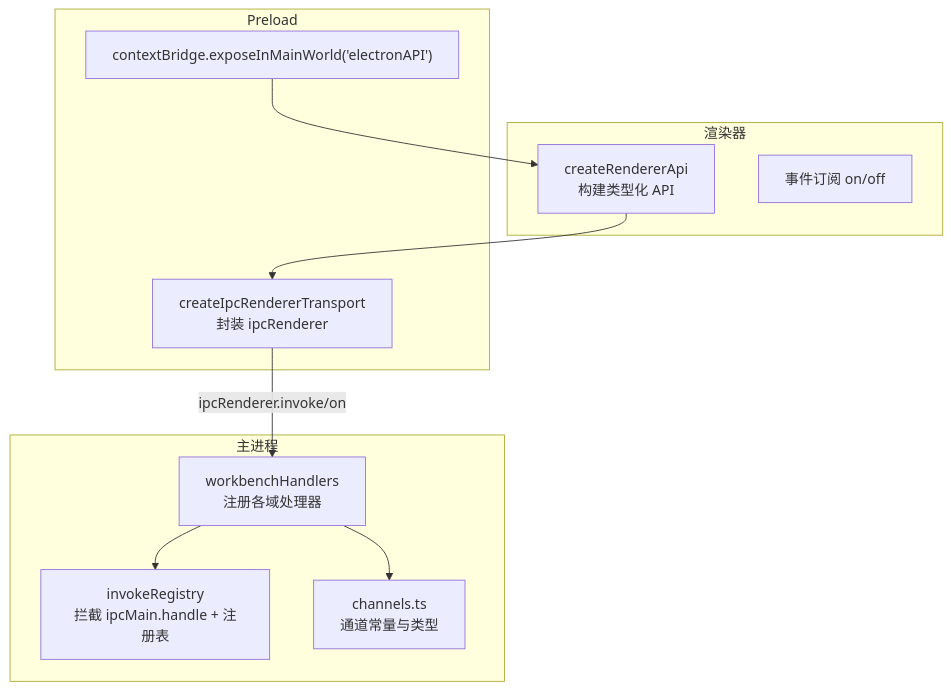
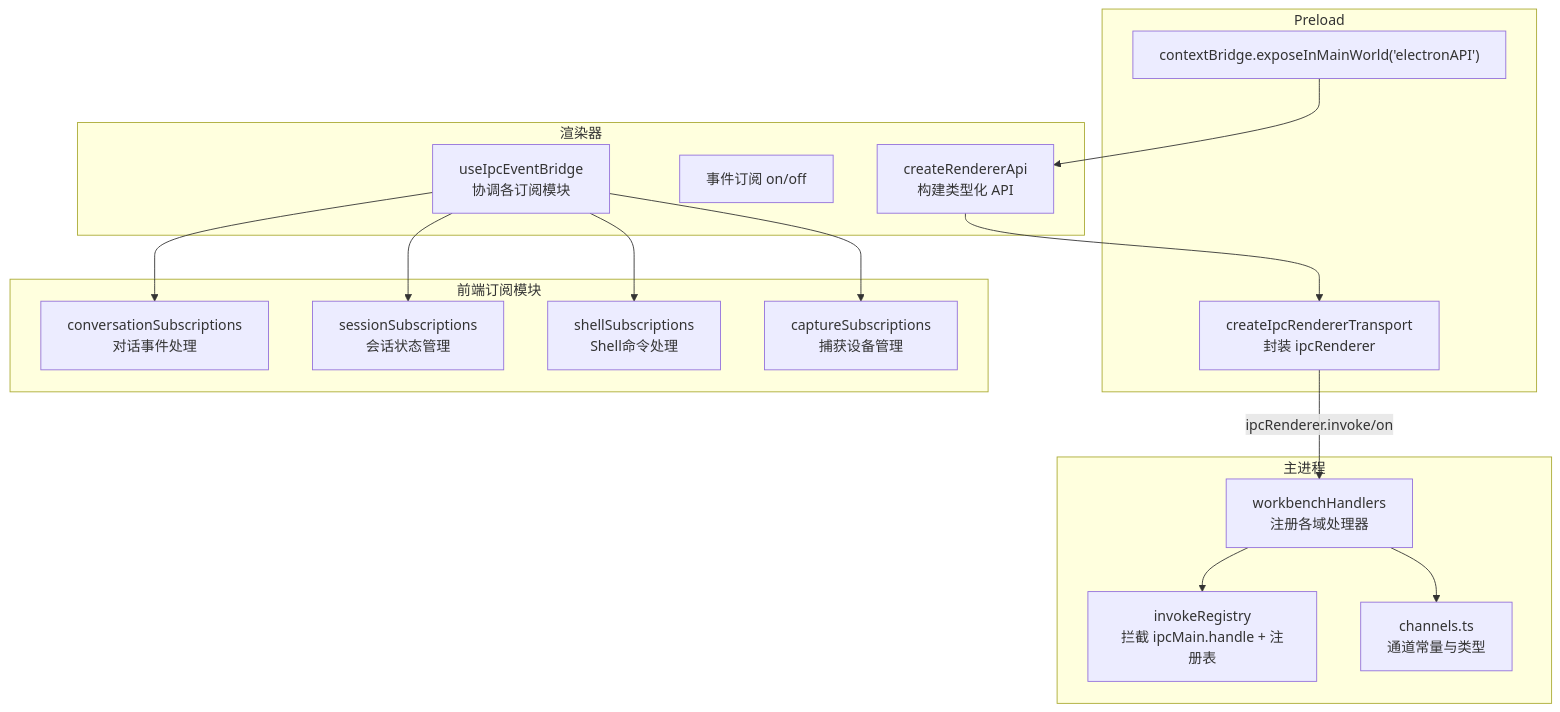
Before and after one commit to haolange/RDC-Agent: the first of 11 diagrams in .qoder/repowiki/zh/content/架构设计/主进程架构/IPC 通信机制.md, drawn with Mermaid. The commit also changed other lines of this file and 86 other files, not shown here.

````diff
--- a/.qoder/repowiki/zh/content/架构设计/主进程架构/IPC 通信机制.md
+++ b/.qoder/repowiki/zh/content/架构设计/主进程架构/IPC 通信机制.md
@@ -38,21 +55,32 @@
 ```mermaid
 graph TB
 subgraph "渲染器"
 R_API["createRendererApi<br/>构建类型化 API"]
 R_EVT["事件订阅 on/off"]
+R_BOOTSTRAP["useIpcEventBridge<br/>协调各订阅模块"]
 end
 subgraph "Preload"
 P_TRANSPORT["createIpcRendererTransport<br/>封装 ipcRenderer"]
 P_BRIDGE["contextBridge.exposeInMainWorld('electronAPI')"]
 end
 subgraph "主进程"
 W_HANDLERS["workbenchHandlers<br/>注册各域处理器"]
 INV_REG["invokeRegistry<br/>拦截 ipcMain.handle + 注册表"]
 CHANS["channels.ts<br/>通道常量与类型"]
 end
+subgraph "前端订阅模块"
+CONV_SUB["conversationSubscriptions<br/>对话事件处理"]
+SESS_SUB["sessionSubscriptions<br/>会话状态管理"]
+SHELL_SUB["shellSubscriptions<br/>Shell命令处理"]
+CAPT_SUB["captureSubscriptions<br/>捕获设备管理"]
+end
 R_API --> P_TRANSPORT
 P_BRIDGE --> R_API
 P_TRANSPORT --> |ipcRenderer.invoke/on| W_HANDLERS
 W_HANDLERS --> INV_REG
 W_HANDLERS --> CHANS
+R_BOOTSTRAP --> CONV_SUB
+R_BOOTSTRAP --> SESS_SUB
+R_BOOTSTRAP --> SHELL_SUB
+R_BOOTSTRAP --> CAPT_SUB
 ```
````
